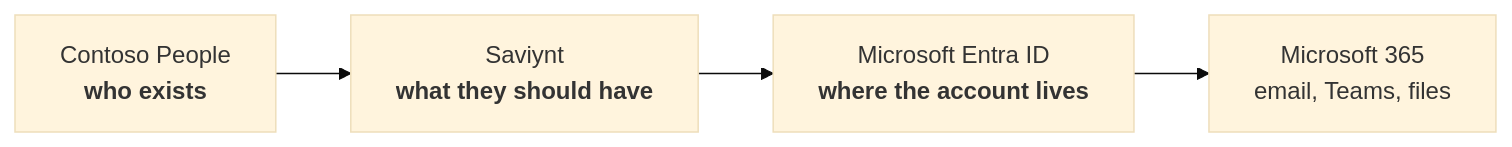
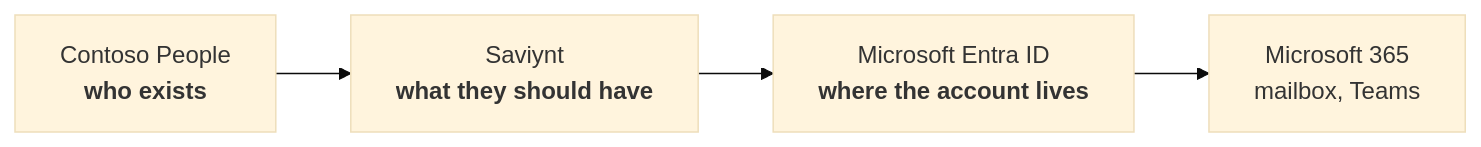
The diagram in 00-plan.md (prasanthgpks/HR-to-entra-id-with-Saviynt-connector), drawn with Mermaid (base theme) before and after one commit. The commit also changed other lines of this file and 50 other files, not shown here.

````diff
--- a/00-plan.md
+++ b/00-plan.md
@@ -26,9 +22,9 @@
 ```mermaid
 flowchart LR
   HR["Contoso People<br/><b>who exists</b>"]
   SAV["Saviynt<br/><b>what they should have</b>"]
   ENTRA["Microsoft Entra ID<br/><b>where the account lives</b>"]
-  M365["Microsoft 365<br/>email, Teams, files"]
+  M365["Microsoft 365<br/>mailbox, Teams"]
 
   HR --> SAV --> ENTRA --> M365
 ```
````
